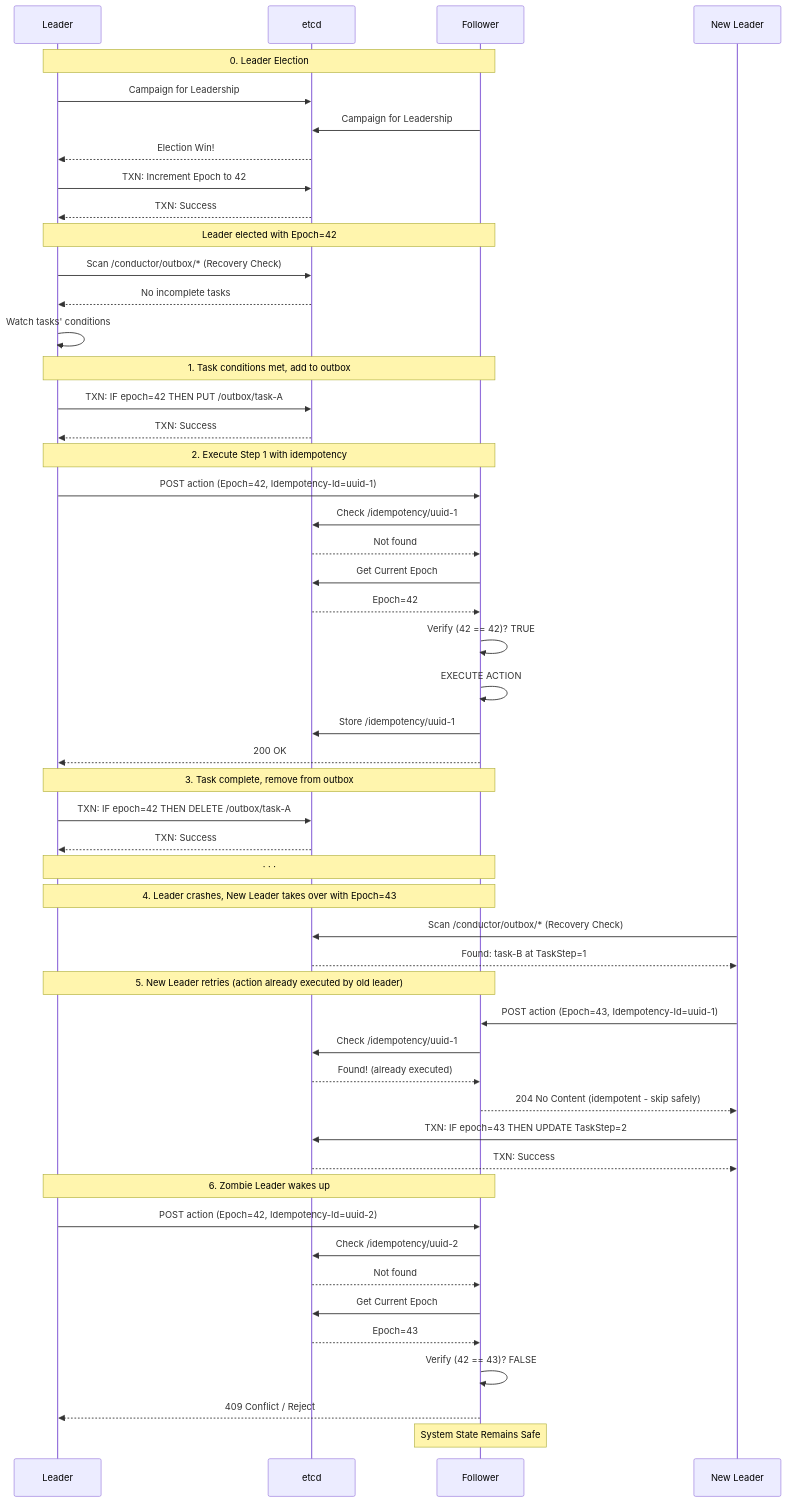
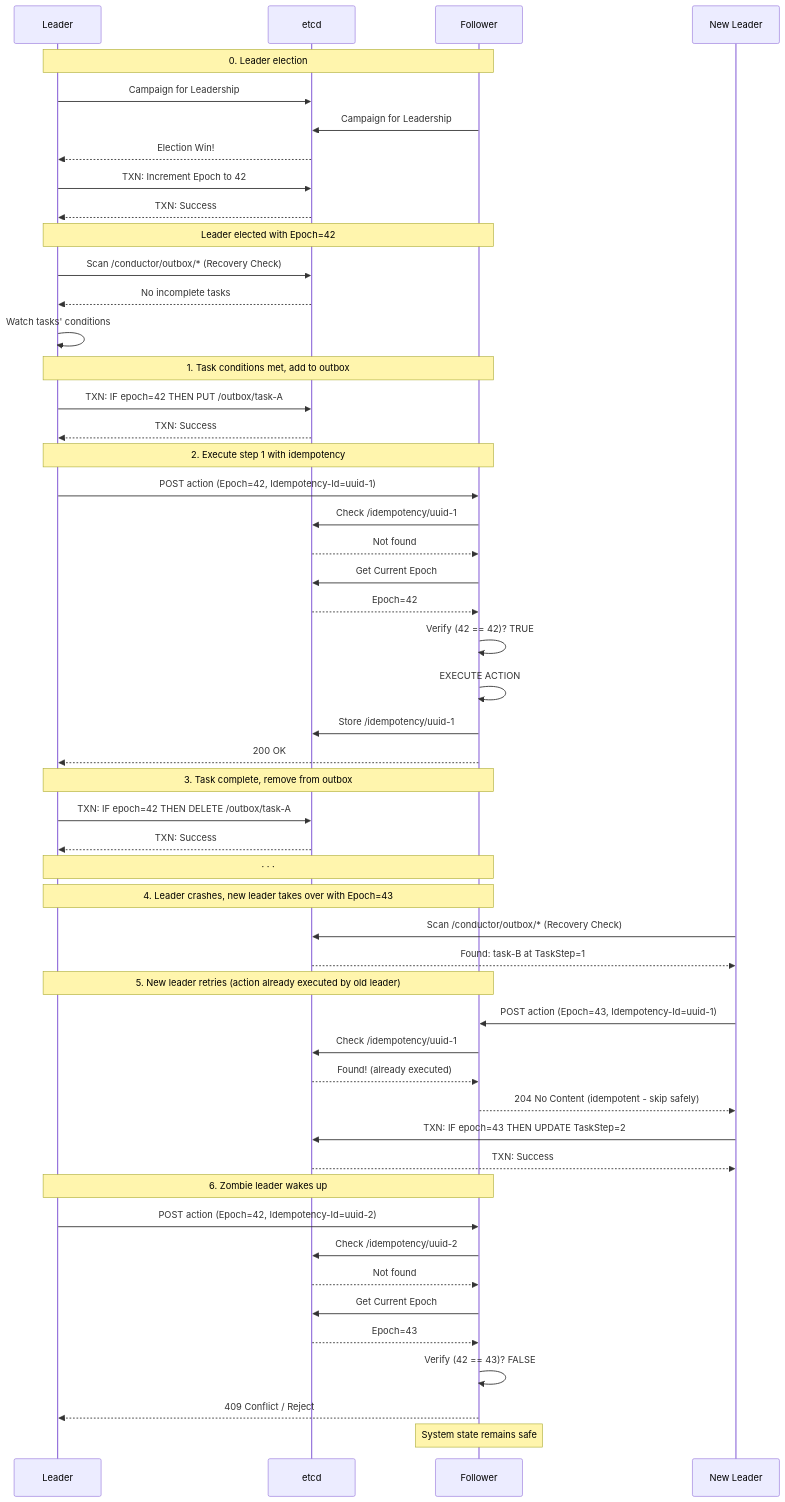
The diagram in docs/flow-distributed.md (esadakcam/conductor), drawn with Mermaid before and after one commit. The commit also changed 3 other files, not shown here.

````diff
--- a/docs/flow-distributed.md
+++ b/docs/flow-distributed.md
@@ -1,73 +1,73 @@
 ```mermaid
 sequenceDiagram
 participant Leader as Leader
 participant DB as etcd
 participant Follower as Follower
 
-    Note over Leader, Follower: 0. Leader Election
+    Note over Leader, Follower: 0. Leader election
 
     Leader->>DB: Campaign for Leadership
     Follower->>DB: Campaign for Leadership
     DB-->>Leader: Election Win!
     Leader->>DB: TXN: Increment Epoch to 42
     DB-->>Leader: TXN: Success
 
     Note over Leader, Follower: Leader elected with Epoch=42
 
     Leader->>DB: Scan /conductor/outbox/* (Recovery Check)
     DB-->>Leader: No incomplete tasks
     Leader->>Leader: Watch tasks' conditions
 
     Note over Leader, Follower: 1. Task conditions met, add to outbox
 
     Leader->>DB: TXN: IF epoch=42 THEN PUT /outbox/task-A
     DB-->>Leader: TXN: Success
 
-    Note over Leader, Follower: 2. Execute Step 1 with idempotency
+    Note over Leader, Follower: 2. Execute step 1 with idempotency
 
     Leader->>Follower: POST action (Epoch=42, Idempotency-Id=uuid-1)
     Follower->>DB: Check /idempotency/uuid-1
     DB-->>Follower: Not found
     Follower->>DB: Get Current Epoch
     DB-->>Follower: Epoch=42
     Follower->>Follower: Verify (42 == 42)? TRUE
     Follower->>Follower: EXECUTE ACTION
     Follower->>DB: Store /idempotency/uuid-1
     Follower-->>Leader: 200 OK
 
     Note over Leader, Follower: 3. Task complete, remove from outbox
 
     Leader->>DB: TXN: IF epoch=42 THEN DELETE /outbox/task-A
     DB-->>Leader: TXN: Success
 
     Note over Leader, Follower: · · ·
 
-    Note over Leader, Follower: 4. Leader crashes, New Leader takes over with Epoch=43
+    Note over Leader, Follower: 4. Leader crashes, new leader takes over with Epoch=43
 
     participant NewLeader as New Leader
 
     NewLeader->>DB: Scan /conductor/outbox/* (Recovery Check)
     DB-->>NewLeader: Found: task-B at TaskStep=1
 
-    Note over Leader, Follower: 5. New Leader retries (action already executed by old leader)
+    Note over Leader, Follower: 5. New leader retries (action already executed by old leader)
 
     NewLeader->>Follower: POST action (Epoch=43, Idempotency-Id=uuid-1)
     Follower->>DB: Check /idempotency/uuid-1
     DB-->>Follower: Found! (already executed)
     Follower-->>NewLeader: 204 No Content (idempotent - skip safely)
 
     NewLeader->>DB: TXN: IF epoch=43 THEN UPDATE TaskStep=2
     DB-->>NewLeader: TXN: Success
 
-    Note over Leader, Follower: 6. Zombie Leader wakes up
+    Note over Leader, Follower: 6. Zombie leader wakes up
 
     Leader->>Follower: POST action (Epoch=42, Idempotency-Id=uuid-2)
     Follower->>DB: Check /idempotency/uuid-2
     DB-->>Follower: Not found
     Follower->>DB: Get Current Epoch
     DB-->>Follower: Epoch=43
     Follower->>Follower: Verify (42 == 43)? FALSE
     Follower-->>Leader: 409 Conflict / Reject
 
-    Note over Follower: System State Remains Safe
+    Note over Follower: System state remains safe
 ```
````
